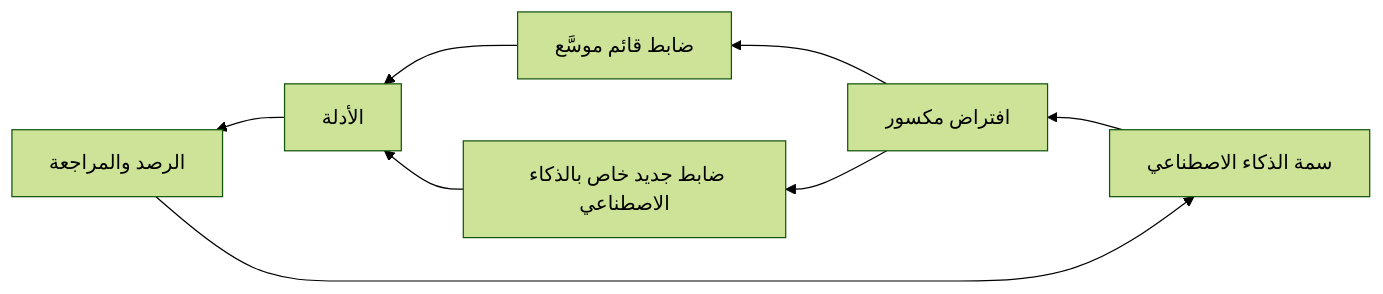
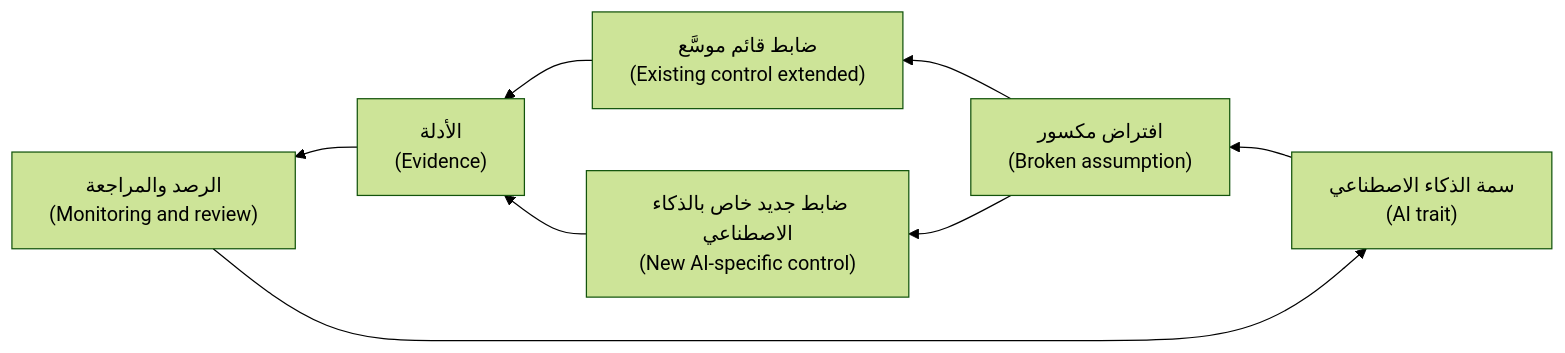
Before and after one commit to Tamoura/system-design-for-vibe-coders: the second of 2 diagrams in aigp/modules/01-foundations.ar.md, drawn with Mermaid (forest theme). The commit also changed other lines of this file and 62 other files, not shown here.

First line of the commit message:
Arabic editions: English on every diagram label, RTL fixes, rebuild

````diff
--- a/aigp/modules/01-foundations.ar.md
+++ b/aigp/modules/01-foundations.ar.md
@@ -530,10 +530,10 @@
 ```mermaid
 flowchart RL
-    A[سمة الذكاء الاصطناعي] --> B[افتراض مكسور]
-    B --> C[ضابط قائم موسَّع]
-    B --> D[ضابط جديد خاص بالذكاء الاصطناعي]
-    C --> E[الأدلة]
+    A["سمة الذكاء الاصطناعي<br/>(AI trait)"] --> B["افتراض مكسور<br/>(Broken assumption)"]
+    B --> C["ضابط قائم موسَّع<br/>(Existing control extended)"]
+    B --> D["ضابط جديد خاص بالذكاء الاصطناعي<br/>(New AI-specific control)"]
+    C --> E["الأدلة<br/>(Evidence)"]
     D --> E
-    E --> F[الرصد والمراجعة]
+    E --> F["الرصد والمراجعة<br/>(Monitoring and review)"]
     F --> A
 ```
````
